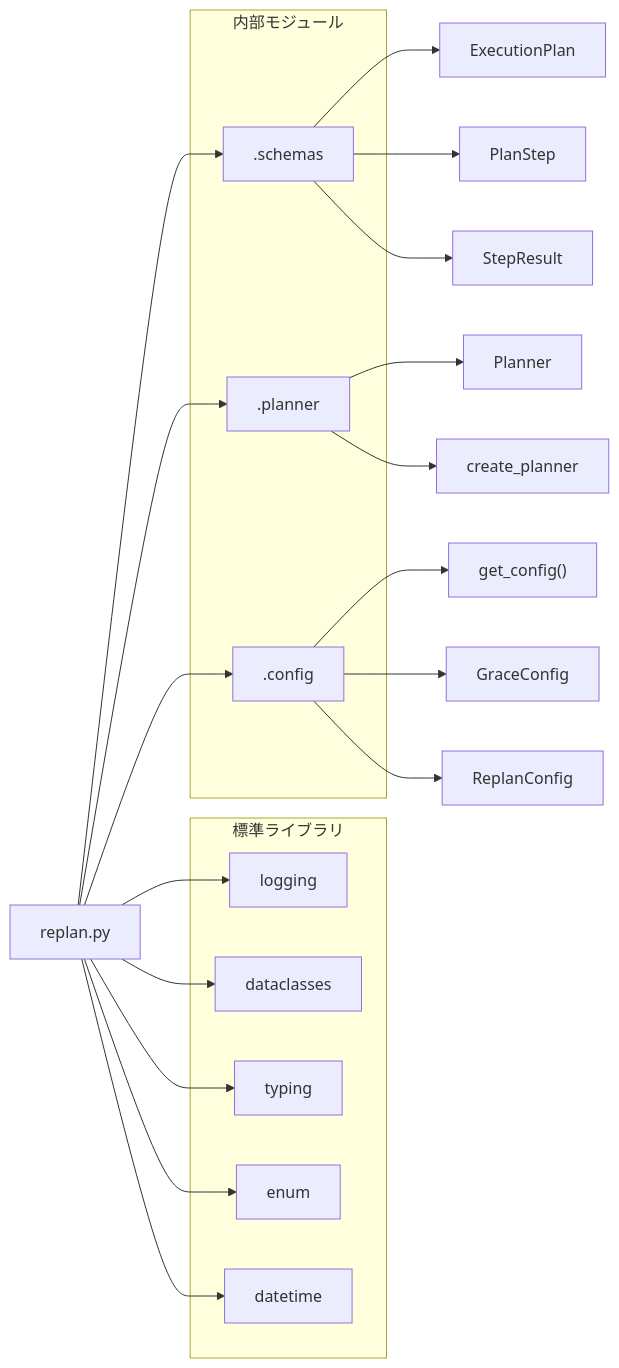
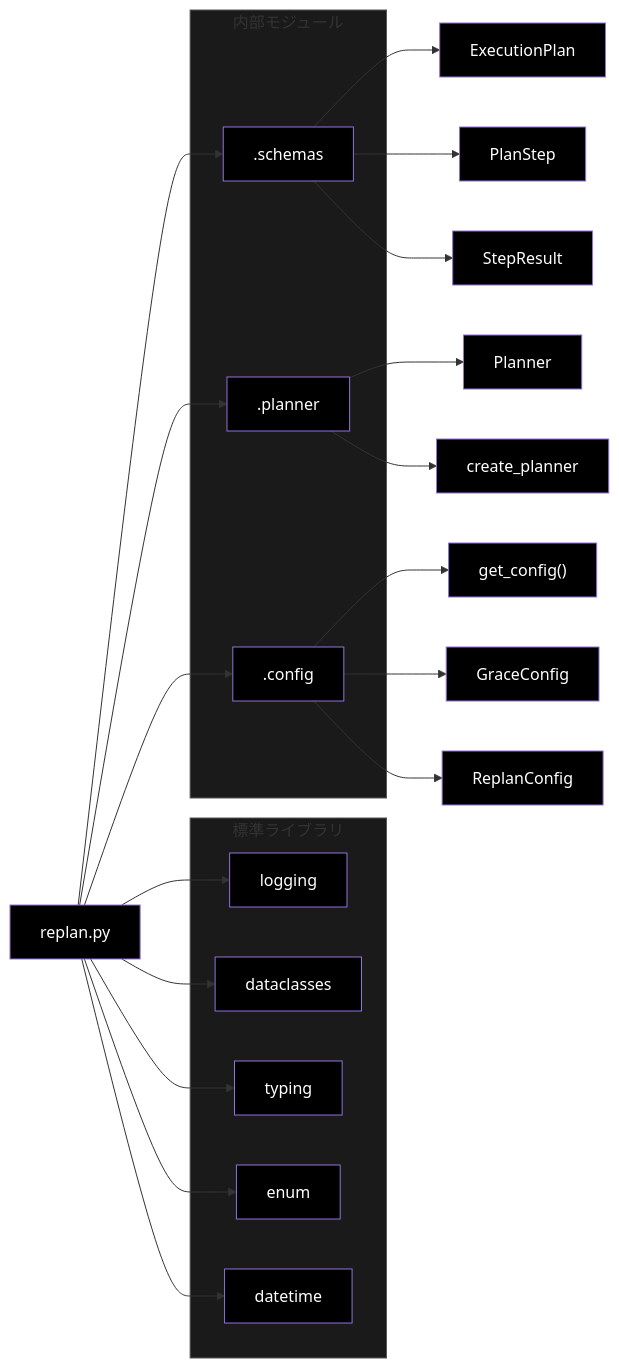
One commit to nakashima2toshio/anthropic_grace_agent changed the third of 3 diagrams in grace/doc/replan.md. Above: the diagram before and after it, drawn with Mermaid. The commit also changed other lines of this file and 18 other files, not shown here.

````diff
--- a/grace/doc/replan.md
+++ b/grace/doc/replan.md
@@ -1410,36 +1455,56 @@
 ```mermaid
 flowchart LR
     REPLAN["replan.py"]
 
     subgraph STDLIB["標準ライブラリ"]
         LOGGING[logging]
         DATACLASSES[dataclasses]
         TYPING[typing]
         ENUM[enum]
         DATETIME[datetime]
     end
 
     subgraph INTERNAL["内部モジュール"]
         SCHEMAS[".schemas"]
         PLANNER[".planner"]
         CONFIG[".config"]
     end
 
     REPLAN --> LOGGING
     REPLAN --> DATACLASSES
     REPLAN --> TYPING
     REPLAN --> ENUM
     REPLAN --> DATETIME
     REPLAN --> SCHEMAS
     REPLAN --> PLANNER
     REPLAN --> CONFIG
 
     SCHEMAS --> S1[ExecutionPlan]
     SCHEMAS --> S2[PlanStep]
     SCHEMAS --> S3[StepResult]
     PLANNER --> P1[Planner]
     PLANNER --> P2[create_planner]
     CONFIG --> C1["get_config()"]
     CONFIG --> C2[GraceConfig]
     CONFIG --> C3[ReplanConfig]
+
+    style REPLAN fill:#000,color:#fff
+    style LOGGING fill:#000,color:#fff
+    style DATACLASSES fill:#000,color:#fff
+    style TYPING fill:#000,color:#fff
+    style ENUM fill:#000,color:#fff
+    style DATETIME fill:#000,color:#fff
+    style SCHEMAS fill:#000,color:#fff
+    style PLANNER fill:#000,color:#fff
+    style CONFIG fill:#000,color:#fff
+    style S1 fill:#000,color:#fff
+    style S2 fill:#000,color:#fff
+    style S3 fill:#000,color:#fff
+    style P1 fill:#000,color:#fff
+    style P2 fill:#000,color:#fff
+    style C1 fill:#000,color:#fff
+    style C2 fill:#000,color:#fff
+    style C3 fill:#000,color:#fff
+    style STDLIB fill:#1a1a1a,stroke:#555
+    style INTERNAL fill:#1a1a1a,stroke:#555
 ```
````
